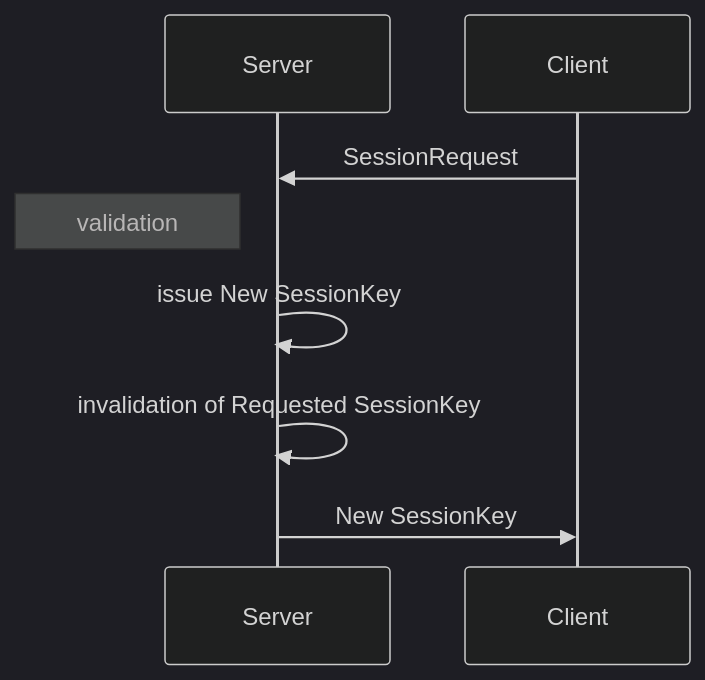
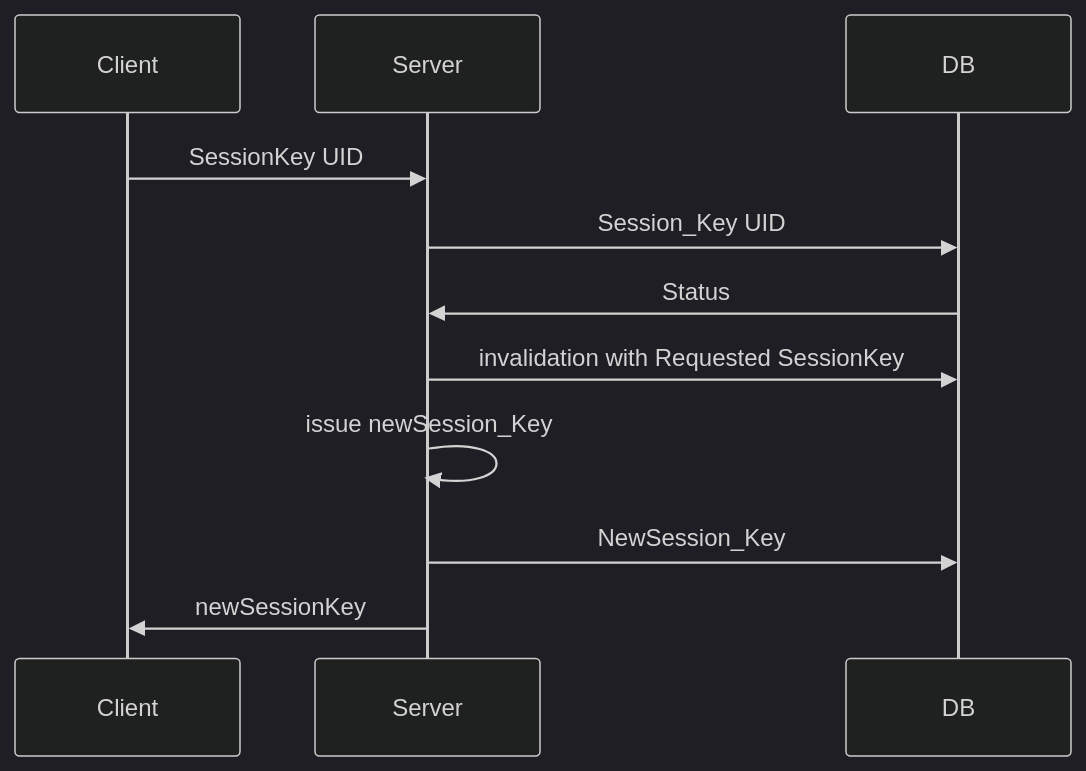
One commit to WhatACotton/CharisWorks-BackEnd changed the second of 4 diagrams in README.md. Above: the diagram before and after it, drawn with Mermaid (dark theme). The commit also changed other lines of this file and 2 other files, not shown here.

````diff
--- a/README.md
+++ b/README.md
@@ -64,14 +63,17 @@
 ```mermaid
 sequenceDiagram
 
+participant Client
 participant Server
-participant Client
+participant DB
 
-Client ->> Server:SessionRequest
-Note left of Server:validation
-Server ->> Server:issue New SessionKey
-Server ->> Server:invalidation of Requested SessionKey
-Server ->> Client:New SessionKey
+Client ->> Server:SessionKey UID
+Server ->> DB:Session_Key UID
+DB ->> Server:Status
+Server ->> DB:invalidation with Requested SessionKey
+Server->>Server:issue newSession_Key
+Server ->> DB:NewSession_Key
+Server ->> Client:newSessionKey
 
 
 ```
````
